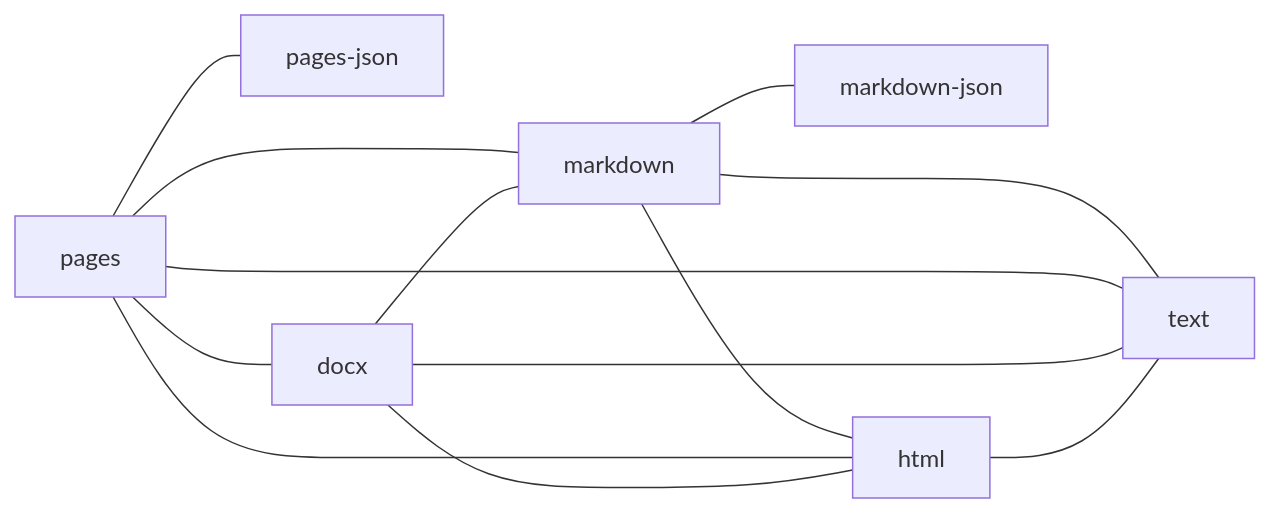
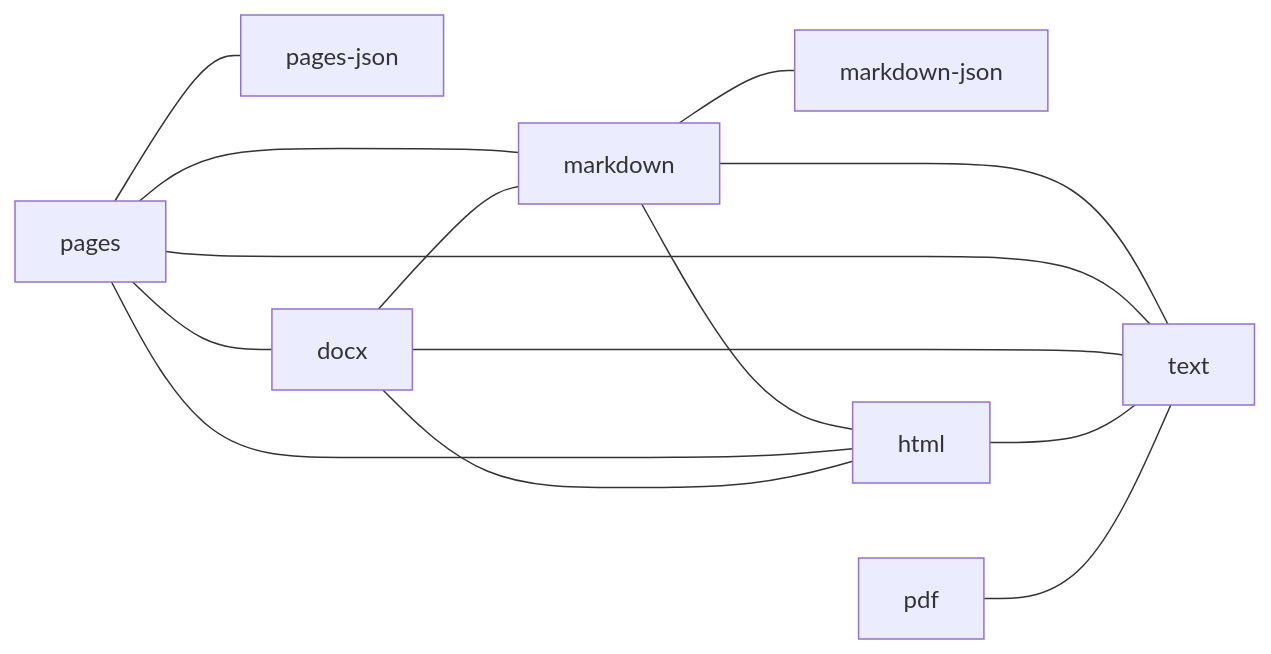
One commit to Chimi6/Sublime changed the second of 4 diagrams in DOCS/FORMATS.md. Above: the diagram before and after it, drawn with Mermaid. The commit also changed other lines of this file and 36 other files, not shown here.

Commit message:
feat: PDF to text, with fonts, encodings, and a line layout

````diff
--- a/DOCS/FORMATS.md
+++ b/DOCS/FORMATS.md
@@ -42,17 +42,18 @@
 ```mermaid
 graph LR
   markdown_json["markdown-json"]
   pages_json["pages-json"]
   markdown --- html
   markdown --- text
   markdown --- markdown_json
   pages --- pages_json
   pages --- docx
   pages --- markdown
   pages --- html
   pages --- text
   docx --- markdown
   docx --- html
   docx --- text
   html --- text
+  pdf --- text
 ```
````
